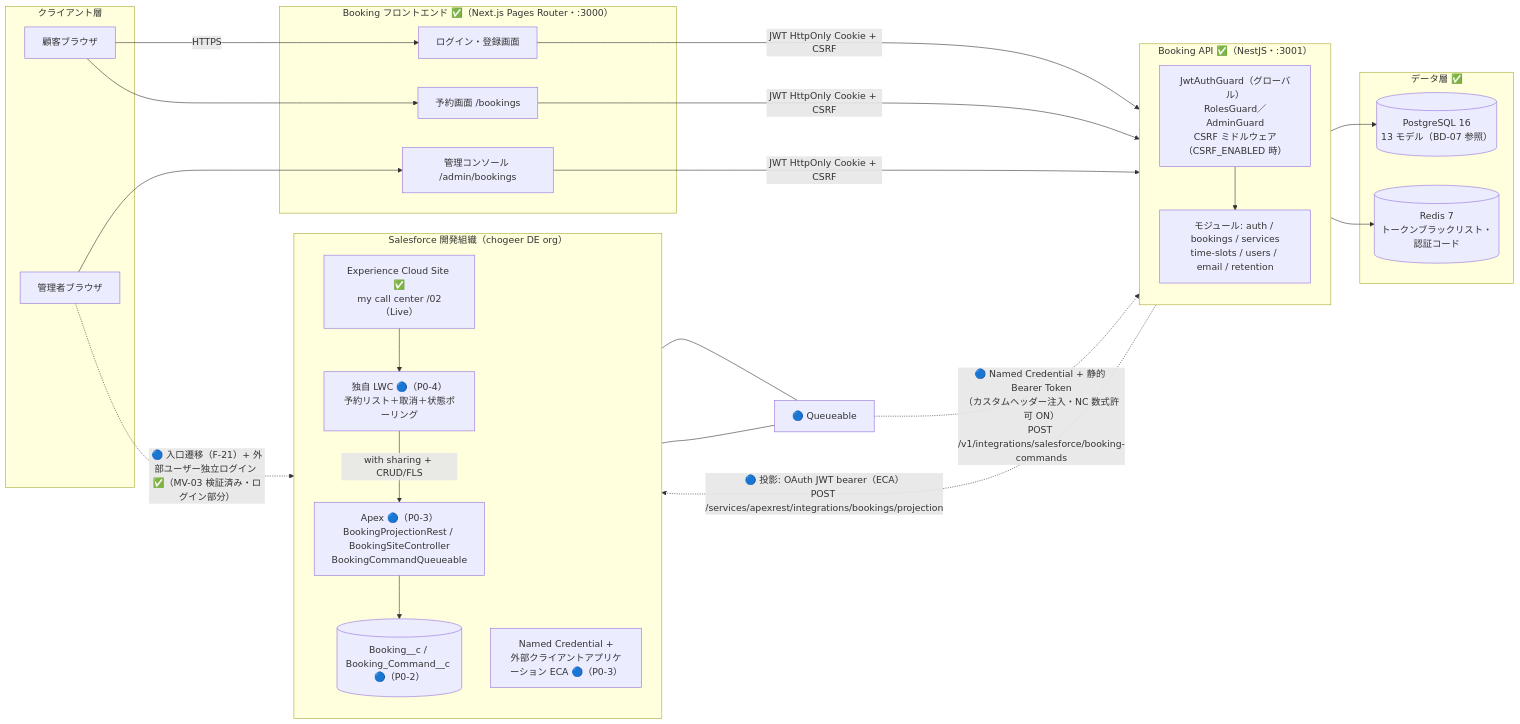
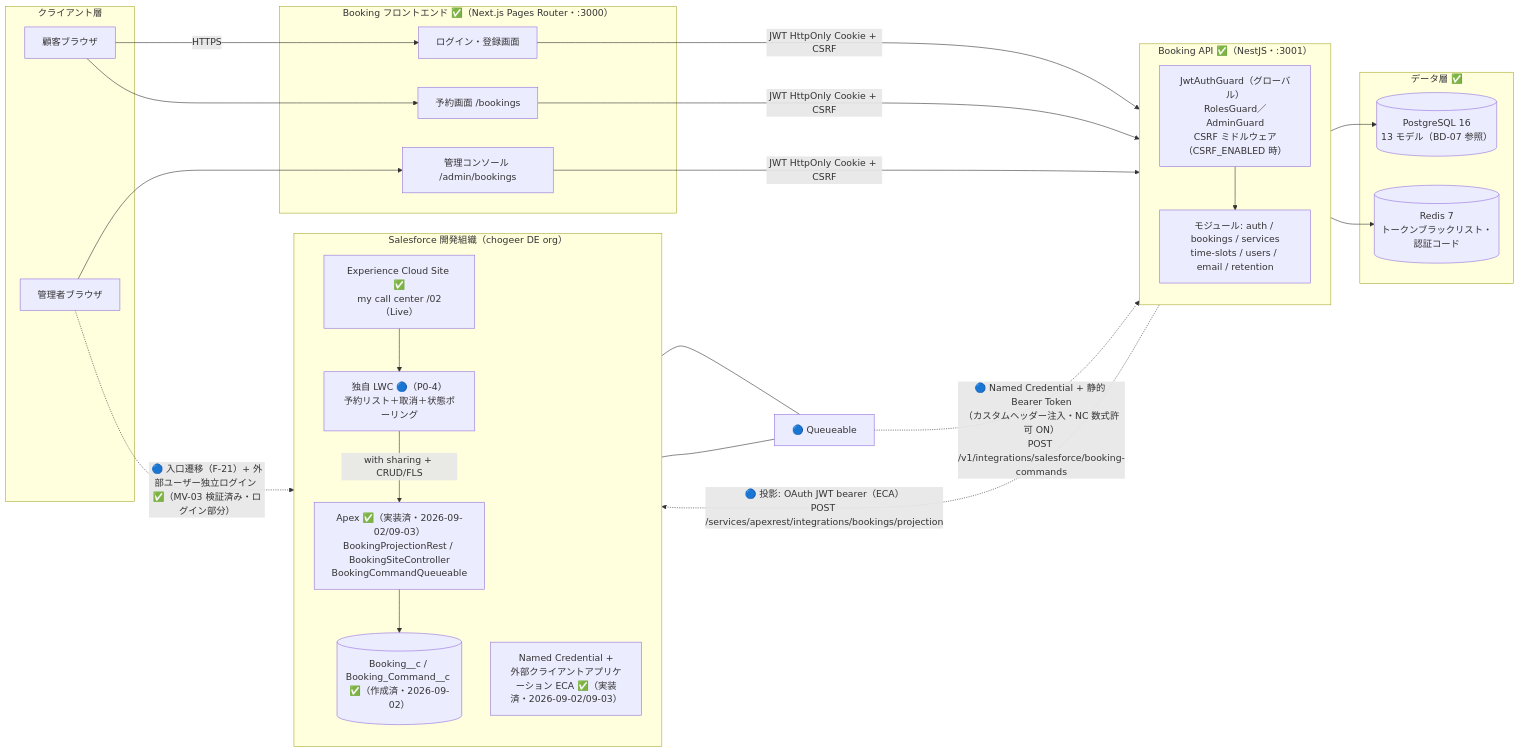
One commit to Cho-Geer/chogeer changed the diagram in docs/asset/basic-design/system-architecture.md. Above: the diagram before and after it, drawn with Mermaid. The commit also changed other lines of this file and 10 other files, not shown here.

````diff
--- a/docs/asset/basic-design/system-architecture.md
+++ b/docs/asset/basic-design/system-architecture.md
@@ -21,50 +21,50 @@
 ```mermaid
 flowchart LR
     subgraph CL["クライアント層"]
         CU["顧客ブラウザ"]
         AU["管理者ブラウザ"]
     end
 
     subgraph BF["Booking フロントエンド ✅（Next.js Pages Router・:3000）"]
         LP["ログイン・登録画面"]
         BP["予約画面 /bookings"]
         AP["管理コンソール /admin/bookings"]
     end
 
     subgraph BA["Booking API ✅（NestJS・:3001）"]
         direction TB
         GUARD["JwtAuthGuard（グローバル）<br/>RolesGuard／AdminGuard<br/>CSRF ミドルウェア（CSRF_ENABLED 時）"]
         MOD["モジュール: auth / bookings / services<br/>time-slots / users / email / retention"]
     end
 
     subgraph DATA["データ層 ✅"]
         PG[("PostgreSQL 16<br/>13 モデル（BD-07 参照）")]
         RD[("Redis 7<br/>トークンブラックリスト・認証コード")]
     end
 
     subgraph SF["Salesforce 開発組織（chogeer DE org）"]
         direction TB
         SITE["Experience Cloud Site ✅<br/>my call center /02（Live）"]
         LWC["独自 LWC 🔵（P0-4）<br/>予約リスト＋取消＋状態ポーリング"]
-        APEX["Apex 🔵（P0-3）<br/>BookingProjectionRest / BookingSiteController<br/>BookingCommandQueueable"]
-        OBJ[("Booking__c / Booking_Command__c 🔵（P0-2）")]
-        NC["Named Credential +<br/>外部クライアントアプリケーション ECA 🔵（P0-3）"]
+        APEX["Apex ✅（実装済・2026-09-02/09-03）<br/>BookingProjectionRest / BookingSiteController<br/>BookingCommandQueueable"]
+        OBJ[("Booking__c / Booking_Command__c ✅（作成済・2026-09-02）")]
+        NC["Named Credential +<br/>外部クライアントアプリケーション ECA ✅（実装済・2026-09-02/09-03）"]
     end
 
     CU -->|"HTTPS"| LP
     CU --> BP
     AU --> AP
     LP & BP & AP -->|"JWT HttpOnly Cookie + CSRF"| GUARD
     GUARD --> MOD
     MOD --> PG
     MOD --> RD
 
     MOD -.->|"🔵 投影: OAuth JWT bearer（ECA）<br/>POST /services/apexrest/integrations/bookings/projection"| APEX
     APEX --> OBJ
     LWC -->|"with sharing + CRUD/FLS"| APEX
     SITE --> LWC
     AU -.->|"🔵 入口遷移（F-21）+ 外部ユーザー独立ログイン ✅（MV-03 検証済み・ログイン部分）"| SITE
     SQ["🔵 Queueable"] -.->|"🔵 Named Credential + 静的 Bearer Token<br/>（カスタムヘッダー注入・NC 数式許可 ON）<br/>POST /v1/integrations/salesforce/booking-commands"| MOD
     APEX --- SQ
     SQ --- NC
 ```
````
